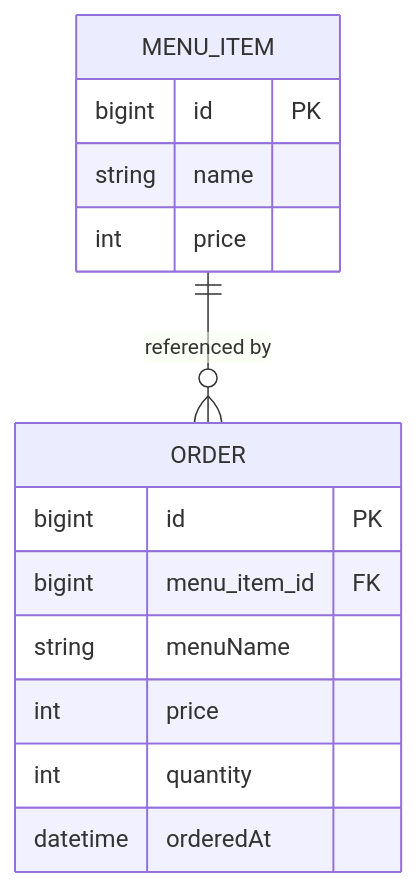
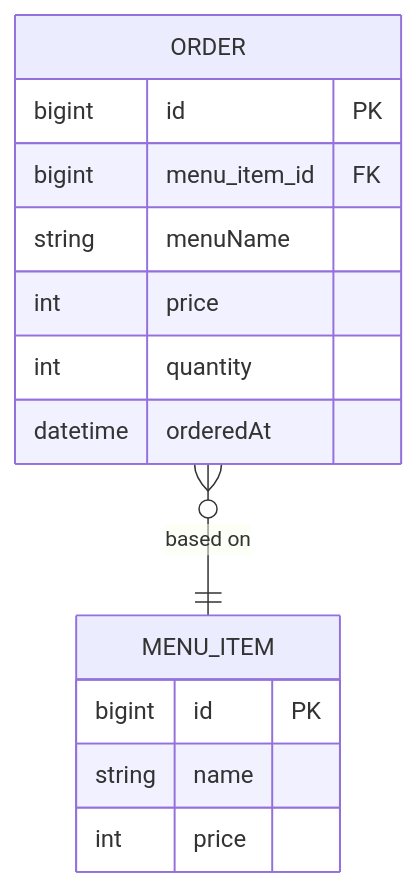
Before and after one commit to YasuhideIto/restaurant_simple_control: the diagram in README.md, drawn with Mermaid. The commit also changed other lines of this file, not shown here.

````diff
--- a/README.md
+++ b/README.md
@@ -51,17 +51,17 @@
-``` mermaid
+```mermaid
 erDiagram
-  MENU_ITEM ||--o{ ORDER : "referenced by"
+  ORDER }o--|| MENU_ITEM : "based on"
   MENU_ITEM {
     bigint id PK
     string name
     int price
   }
   ORDER {
     bigint id PK
     bigint menu_item_id FK
     string menuName
     int price
     int quantity
     datetime orderedAt
   }
 ```
````
